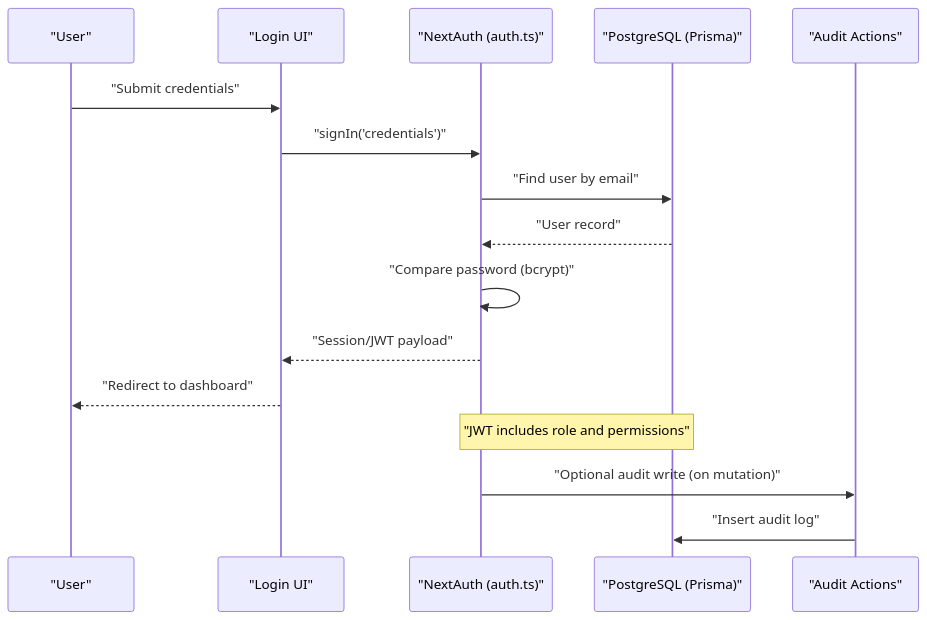
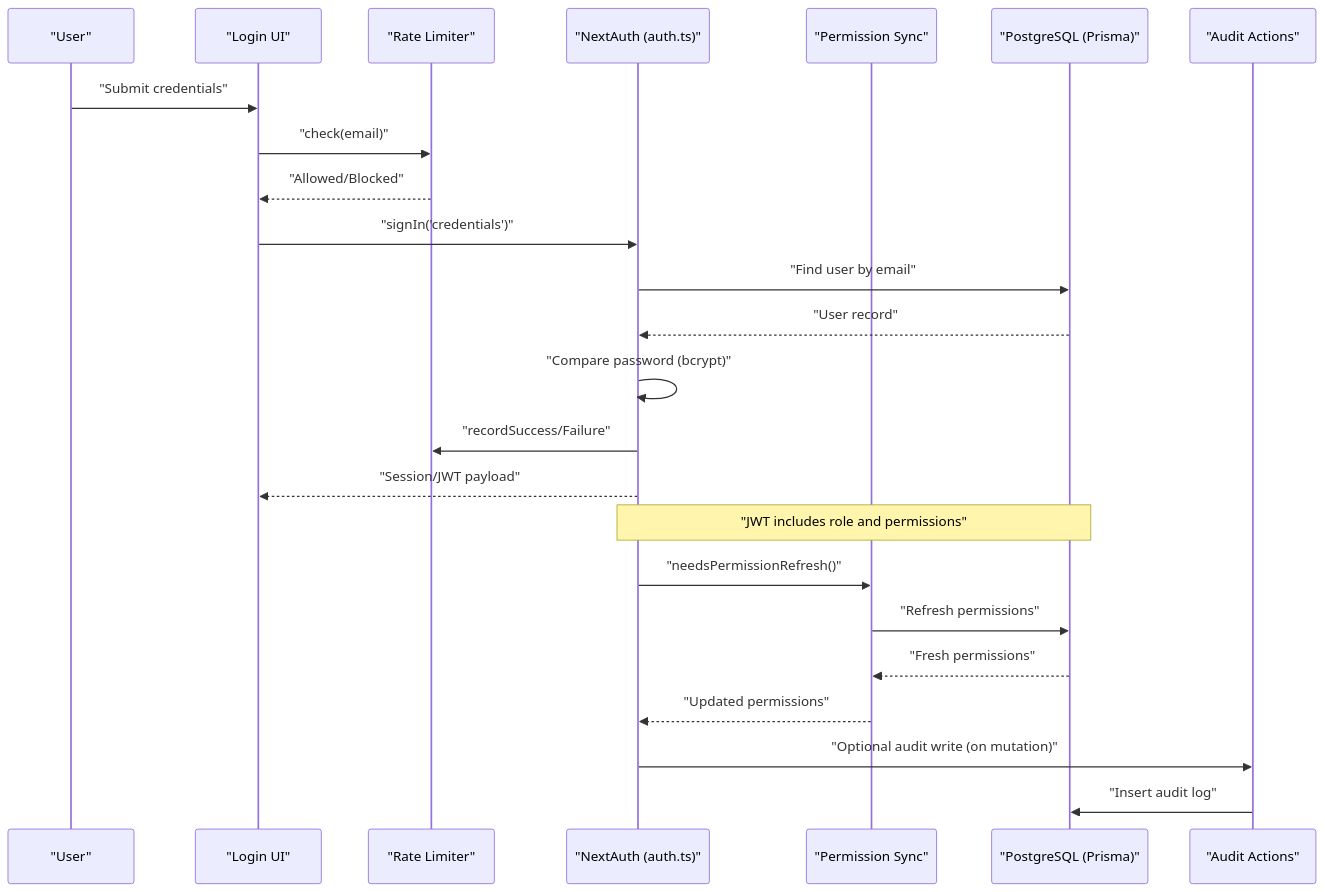
The second of 3 diagrams in .qoder/repowiki/en/content/Authentication & Authorization/Security Best Practices.md (bazs69/ApsAsrama), drawn with Mermaid before and after one commit. The commit also changed other lines of this file and 293 other files, not shown here.

````diff
--- a/.qoder/repowiki/en/content/Authentication & Authorization/Security Best Practices.md
+++ b/.qoder/repowiki/en/content/Authentication & Authorization/Security Best Practices.md
@@ -102,18 +131,26 @@
 ```mermaid
 sequenceDiagram
 participant U as "User"
 participant UI as "Login UI"
+participant RL as "Rate Limiter"
 participant NA as "NextAuth (auth.ts)"
+participant PS as "Permission Sync"
 participant DB as "PostgreSQL (Prisma)"
 participant AL as "Audit Actions"
 U->>UI : "Submit credentials"
+UI->>RL : "check(email)"
+RL-->>UI : "Allowed/Blocked"
 UI->>NA : "signIn('credentials')"
 NA->>DB : "Find user by email"
 DB-->>NA : "User record"
 NA->>NA : "Compare password (bcrypt)"
+NA->>RL : "recordSuccess/Failure"
 NA-->>UI : "Session/JWT payload"
-UI-->>U : "Redirect to dashboard"
 Note over NA,DB : "JWT includes role and permissions"
+NA->>PS : "needsPermissionRefresh()"
+PS->>DB : "Refresh permissions"
+DB-->>PS : "Fresh permissions"
+PS-->>NA : "Updated permissions"
 NA->>AL : "Optional audit write (on mutation)"
 AL->>DB : "Insert audit log"
 ```
````
